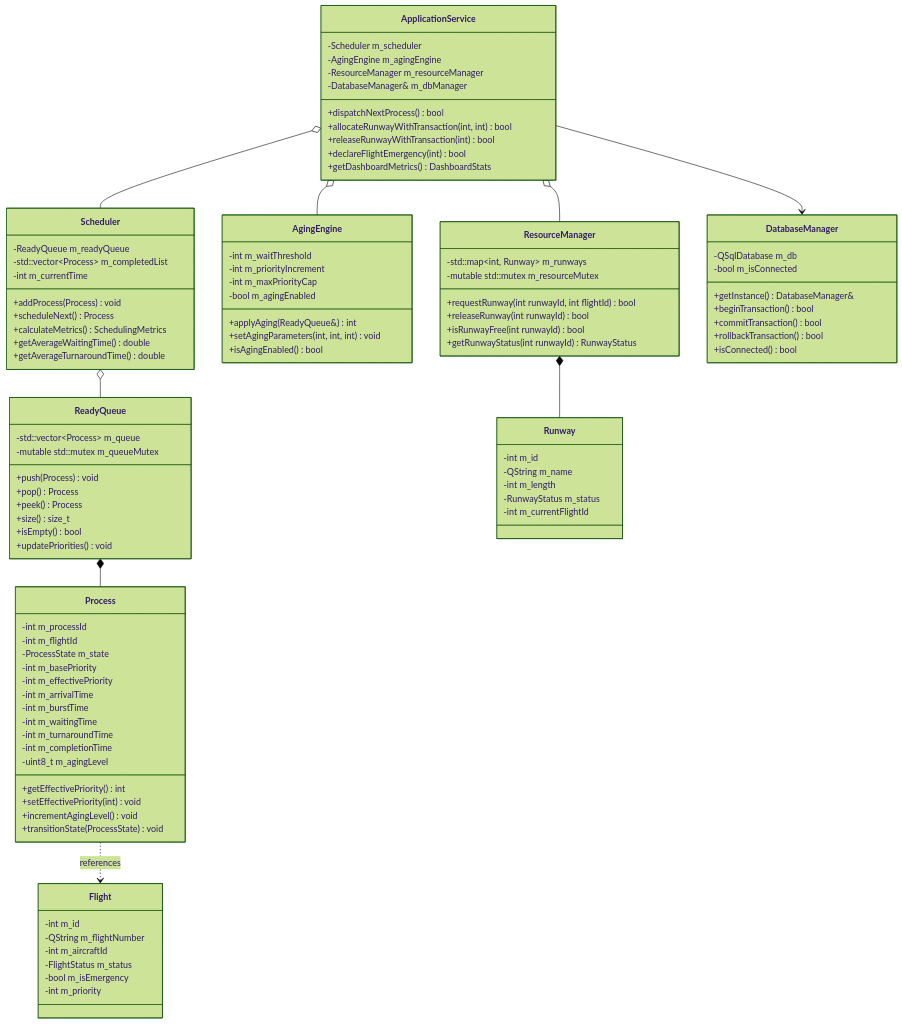
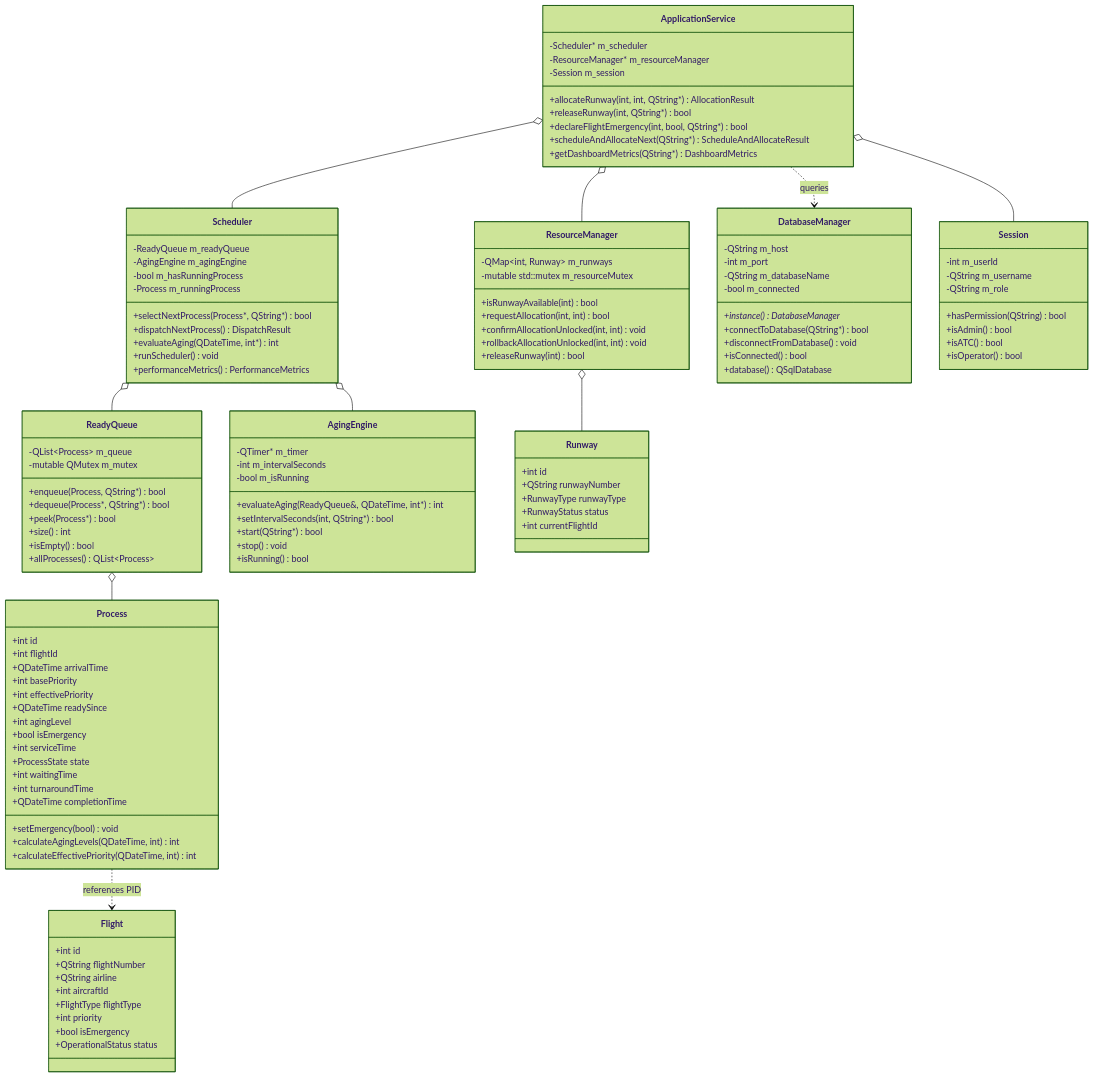
Before and after one commit to DhruvPathak12/Airport-Runway-Manager-Resource-Allocation: the diagram in docs/diagrams/class_diagram.mmd, drawn with Mermaid (forest theme). The commit also changed 23 other files, not shown here.

Commit message:
docs: correct scheduler and architecture documentation

```diff
--- a/docs/diagrams/class_diagram.mmd
+++ b/docs/diagrams/class_diagram.mmd
@@ -1,107 +1,125 @@
 classDiagram
     class Process {
-        -int m_processId
-        -int m_flightId
-        -ProcessState m_state
-        -int m_basePriority
-        -int m_effectivePriority
-        -int m_arrivalTime
-        -int m_burstTime
-        -int m_waitingTime
-        -int m_turnaroundTime
-        -int m_completionTime
-        -uint8_t m_agingLevel
-        +getEffectivePriority() int
-        +setEffectivePriority(int) void
-        +incrementAgingLevel() void
-        +transitionState(ProcessState) void
+        +int id
+        +int flightId
+        +QDateTime arrivalTime
+        +int basePriority
+        +int effectivePriority
+        +QDateTime readySince
+        +int agingLevel
+        +bool isEmergency
+        +int serviceTime
+        +ProcessState state
+        +int waitingTime
+        +int turnaroundTime
+        +QDateTime completionTime
+        +setEmergency(bool) void
+        +calculateAgingLevels(QDateTime, int) int
+        +calculateEffectivePriority(QDateTime, int) int
     }
 
     class ReadyQueue {
-        -std::vector~Process~ m_queue
-        -mutable std::mutex m_queueMutex
-        +push(Process) void
-        +pop() Process
-        +peek() Process
-        +size() size_t
+        -QList~Process~ m_queue
+        -mutable QMutex m_mutex
+        +enqueue(Process, QString*) bool
+        +dequeue(Process*, QString*) bool
+        +peek(Process*) bool
+        +size() int
         +isEmpty() bool
-        +updatePriorities() void
+        +allProcesses() QList~Process~
     }
 
     class Scheduler {
         -ReadyQueue m_readyQueue
-        -std::vector~Process~ m_completedList
-        -int m_currentTime
-        +addProcess(Process) void
-        +scheduleNext() Process
-        +calculateMetrics() SchedulingMetrics
-        +getAverageWaitingTime() double
-        +getAverageTurnaroundTime() double
+        -AgingEngine m_agingEngine
+        -bool m_hasRunningProcess
+        -Process m_runningProcess
+        +selectNextProcess(Process*, QString*) bool
+        +dispatchNextProcess() DispatchResult
+        +evaluateAging(QDateTime, int*) int
+        +runScheduler() void
+        +performanceMetrics() PerformanceMetrics
     }
 
     class AgingEngine {
-        -int m_waitThreshold
-        -int m_priorityIncrement
-        -int m_maxPriorityCap
-        -bool m_agingEnabled
-        +applyAging(ReadyQueue&) int
-        +setAgingParameters(int, int, int) void
-        +isAgingEnabled() bool
+        -QTimer* m_timer
+        -int m_intervalSeconds
+        -bool m_isRunning
+        +evaluateAging(ReadyQueue&, QDateTime, int*) int
+        +setIntervalSeconds(int, QString*) bool
+        +start(QString*) bool
+        +stop() void
+        +isRunning() bool
     }
 
     class ResourceManager {
-        -std::map~int, Runway~ m_runways
+        -QMap~int, Runway~ m_runways
         -mutable std::mutex m_resourceMutex
-        +requestRunway(int runwayId, int flightId) bool
-        +releaseRunway(int runwayId) bool
-        +isRunwayFree(int runwayId) bool
-        +getRunwayStatus(int runwayId) RunwayStatus
+        +isRunwayAvailable(int) bool
+        +requestAllocation(int, int) bool
+        +confirmAllocationUnlocked(int, int) void
+        +rollbackAllocationUnlocked(int, int) void
+        +releaseRunway(int) bool
     }
 
     class DatabaseManager {
-        -QSqlDatabase m_db
-        -bool m_isConnected
-        +getInstance() DatabaseManager&
-        +beginTransaction() bool
-        +commitTransaction() bool
-        +rollbackTransaction() bool
+        -QString m_host
+        -int m_port
+        -QString m_databaseName
+        -bool m_connected
+        +instance() DatabaseManager*
+        +connectToDatabase(QString*) bool
+        +disconnectFromDatabase() void
         +isConnected() bool
+        +database() QSqlDatabase
     }
 
     class ApplicationService {
-        -Scheduler m_scheduler
-        -AgingEngine m_agingEngine
-        -ResourceManager m_resourceManager
-        -DatabaseManager& m_dbManager
-        +dispatchNextProcess() bool
-        +allocateRunwayWithTransaction(int, int) bool
-        +releaseRunwayWithTransaction(int) bool
-        +declareFlightEmergency(int) bool
-        +getDashboardMetrics() DashboardStats
+        -Scheduler* m_scheduler
+        -ResourceManager* m_resourceManager
+        -Session m_session
+        +allocateRunway(int, int, QString*) AllocationResult
+        +releaseRunway(int, QString*) bool
+        +declareFlightEmergency(int, bool, QString*) bool
+        +scheduleAndAllocateNext(QString*) ScheduleAndAllocateResult
+        +getDashboardMetrics(QString*) DashboardMetrics
     }
 
     class Flight {
-        -int m_id
-        -QString m_flightNumber
-        -int m_aircraftId
-        -FlightStatus m_status
-        -bool m_isEmergency
-        -int m_priority
+        +int id
+        +QString flightNumber
+        +QString airline
+        +int aircraftId
+        +FlightType flightType
+        +int priority
+        +bool isEmergency
+        +OperationalStatus status
     }
 
     class Runway {
-        -int m_id
-        -QString m_name
-        -int m_length
-        -RunwayStatus m_status
-        -int m_currentFlightId
+        +int id
+        +QString runwayNumber
+        +RunwayType runwayType
+        +RunwayStatus status
+        +int currentFlightId
+    }
+
+    class Session {
+        -int m_userId
+        -QString m_username
+        -QString m_role
+        +hasPermission(QString) bool
+        +isAdmin() bool
+        +isATC() bool
+        +isOperator() bool
     }
 
     ApplicationService o-- Scheduler
-    ApplicationService o-- AgingEngine
     ApplicationService o-- ResourceManager
-    ApplicationService --> DatabaseManager
+    ApplicationService o-- Session
+    ApplicationService ..> DatabaseManager : queries
     Scheduler o-- ReadyQueue
-    ReadyQueue *-- Process
-    ResourceManager *-- Runway
-    Process ..> Flight : references
+    Scheduler o-- AgingEngine
+    ReadyQueue o-- Process
+    ResourceManager o-- Runway
+    Process ..> Flight : references PID
```
